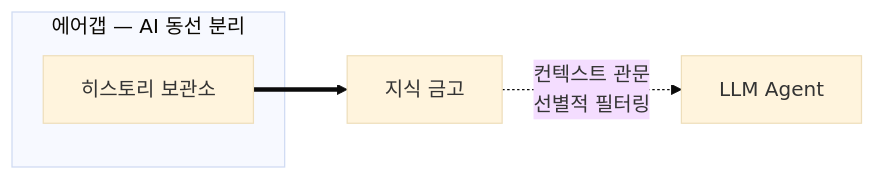
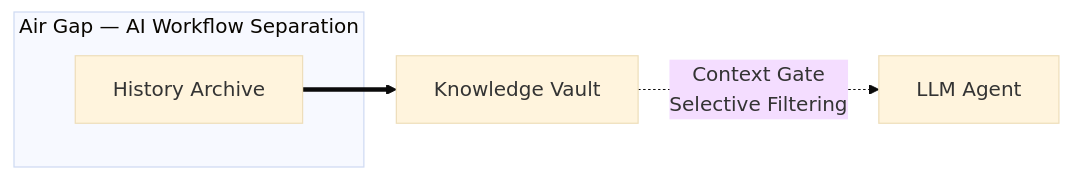
Before and after one commit to ether-moon/knowledge-distillery: the diagram in docs/design-philosophy.md, drawn with Mermaid (base theme). The commit also changed other lines of this file and 4 other files, not shown here.

````diff
--- a/docs/design-philosophy.md
+++ b/docs/design-philosophy.md
@@ -67,8 +67,8 @@
 ```mermaid
 flowchart LR
-    subgraph AG["에어갭 — AI 동선 분리"]
-        H["히스토리 보관소"]
+    subgraph AG["Air Gap — AI Workflow Separation"]
+        H["History Archive"]
     end
-    H ==> V["지식 금고"]
-    V -.->|"컨텍스트 관문<br/>선별적 필터링"| LLM["LLM Agent"]
+    H ==> V["Knowledge Vault"]
+    V -.->|"Context Gate<br/>Selective Filtering"| LLM["LLM Agent"]
 ```
````
